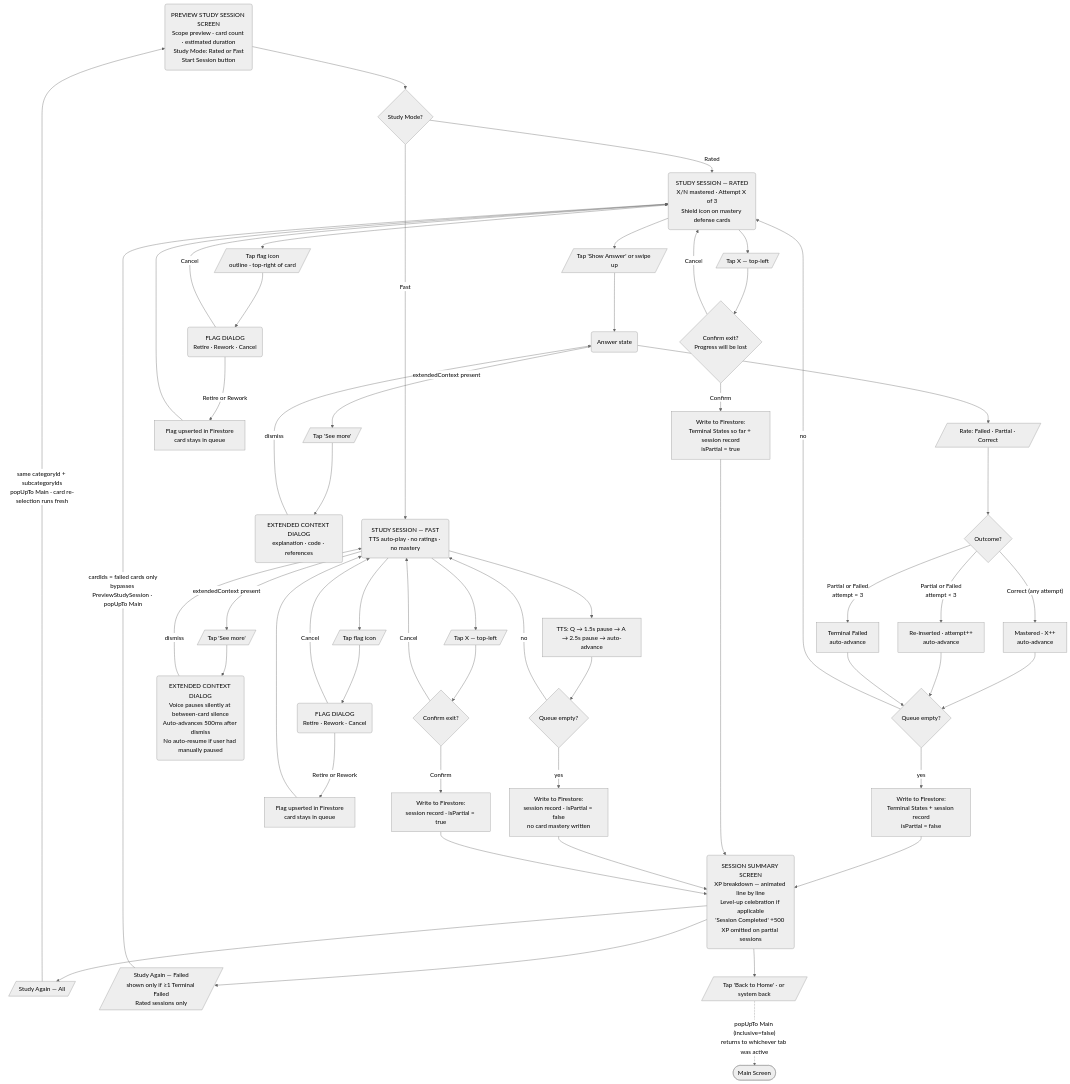
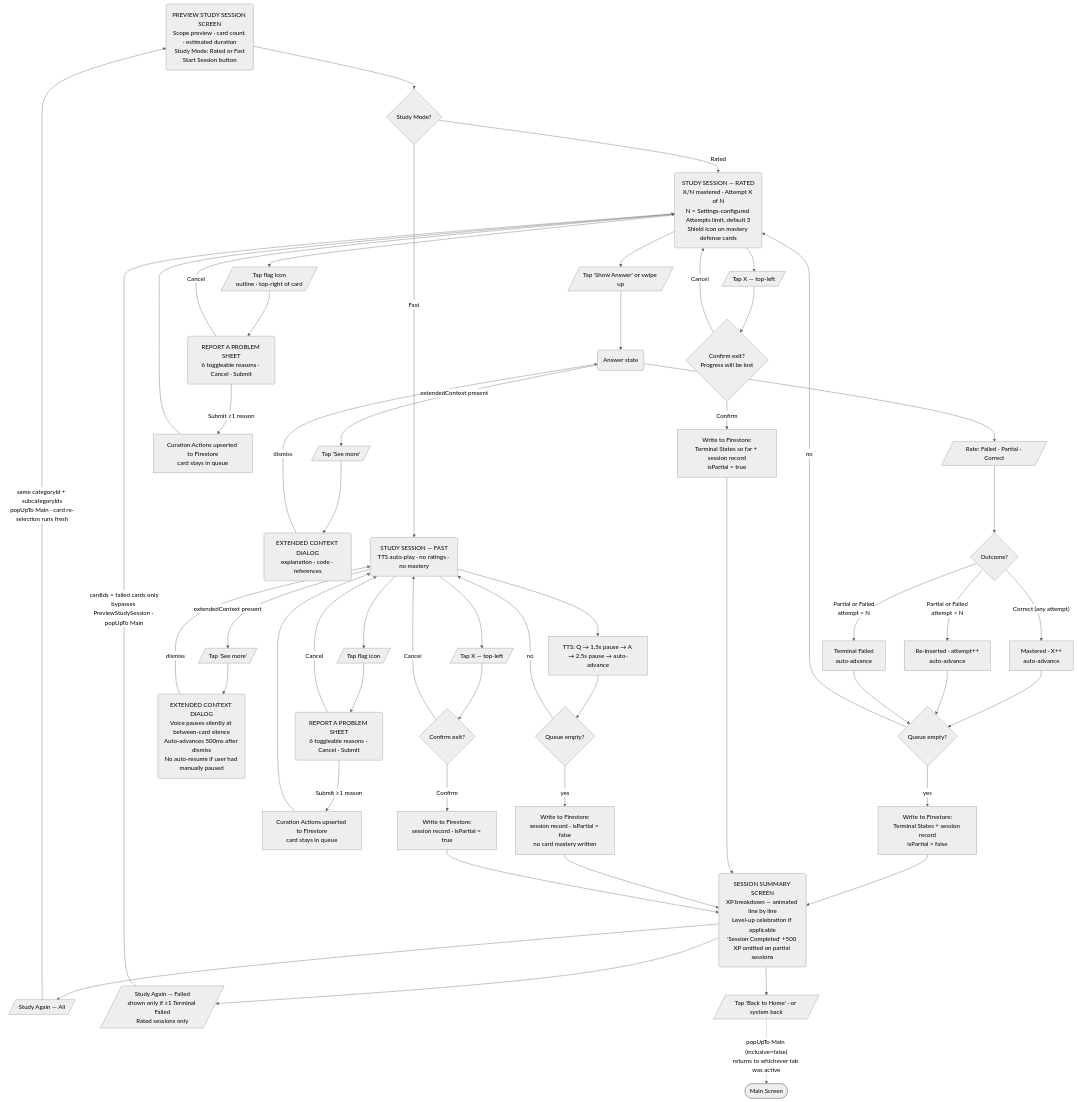
Before and after one commit to Haydart/Flashcards: the second of 2 diagrams in docs/user-flow/study.md, drawn with Mermaid (neutral theme). The commit also changed other lines of this file and 2 other files, not shown here.

Commit message:
docs: refresh settings, subcategory toolbar, and study-flow diagrams

```diff
--- a/docs/user-flow/study.md
+++ b/docs/user-flow/study.md
@@ -88,15 +84,15 @@
     ModeChoice -->|Fast| FastSession
 
     %% ── Rated Session ─────────────────────────────────────────────
-    RatedSession(STUDY SESSION — RATED\nX/N mastered · Attempt X of 3\nShield icon on mastery defense cards)
+    RatedSession(STUDY SESSION — RATED\nX/N mastered · Attempt X of N\nN = Settings-configured Attempts limit, default 3\nShield icon on mastery defense cards)
     RatedSession --> ShowAnswer[/Tap 'Show Answer' or swipe up/]
     ShowAnswer --> AnswerRevealed(Answer state)
     AnswerRevealed --> Rate[/Rate: Failed · Partial · Correct/]
     Rate --> RateOutcome{Outcome?}
 
     RateOutcome -->|"Correct (any attempt)"| CardMastered[Mastered · X++\nauto-advance]
-    RateOutcome -->|"Partial or Failed\nattempt < 3"| ReInsert[Re-inserted · attempt++\nauto-advance]
-    RateOutcome -->|"Partial or Failed\nattempt = 3"| TerminalFailed[Terminal Failed\nauto-advance]
+    RateOutcome -->|"Partial or Failed\nattempt < N"| ReInsert[Re-inserted · attempt++\nauto-advance]
+    RateOutcome -->|"Partial or Failed\nattempt = N"| TerminalFailed[Terminal Failed\nauto-advance]
 
     CardMastered & ReInsert & TerminalFailed --> QueueCheck{Queue empty?}
     QueueCheck -->|no| RatedSession
@@ -108,12 +104,12 @@
     TapMore --> ExtCtxDialog(EXTENDED CONTEXT DIALOG\nexplanation · code · references)
     ExtCtxDialog -->|dismiss| AnswerRevealed
 
-    %% Flag dialog (Rated)
+    %% Report a problem (Rated)
     RatedSession --> TapFlag[/Tap flag icon\noutline · top-right of card/]
-    TapFlag --> FlagDialog(FLAG DIALOG\nRetire · Rework · Cancel)
-    FlagDialog -->|Retire or Rework| FlagUpsert[Flag upserted in Firestore\ncard stays in queue]
-    FlagDialog -->|Cancel| RatedSession
-    FlagUpsert --> RatedSession
+    TapFlag --> ReportSheet(REPORT A PROBLEM SHEET\n6 toggleable reasons · Cancel · Submit)
+    ReportSheet -->|Submit ≥1 reason| CurationUpsert[Curation Actions upserted to Firestore\ncard stays in queue]
+    ReportSheet -->|Cancel| RatedSession
+    CurationUpsert --> RatedSession
 
     %% Premature exit (Rated)
     RatedSession --> TapX1[/Tap X — top-left/]
@@ -139,12 +135,12 @@
     TapMoreFast --> ExtCtxFast(EXTENDED CONTEXT DIALOG\nVoice pauses silently at between-card silence\nAuto-advances 500ms after dismiss\nNo auto-resume if user had manually paused)
     ExtCtxFast -->|dismiss| FastSession
 
-    %% Flag dialog (Fast)
+    %% Report a problem (Fast)
     FastSession --> TapFlagFast[/Tap flag icon/]
-    TapFlagFast --> FlagDialogFast(FLAG DIALOG\nRetire · Rework · Cancel)
-    FlagDialogFast -->|Retire or Rework| FlagUpsertFast[Flag upserted in Firestore\ncard stays in queue]
-    FlagDialogFast -->|Cancel| FastSession
-    FlagUpsertFast --> FastSession
+    TapFlagFast --> ReportSheetFast(REPORT A PROBLEM SHEET\n6 toggleable reasons · Cancel · Submit)
+    ReportSheetFast -->|Submit ≥1 reason| CurationUpsertFast[Curation Actions upserted to Firestore\ncard stays in queue]
+    ReportSheetFast -->|Cancel| FastSession
+    CurationUpsertFast --> FastSession
 
     %% Premature exit (Fast)
     FastSession --> TapX2[/Tap X — top-left/]
```
